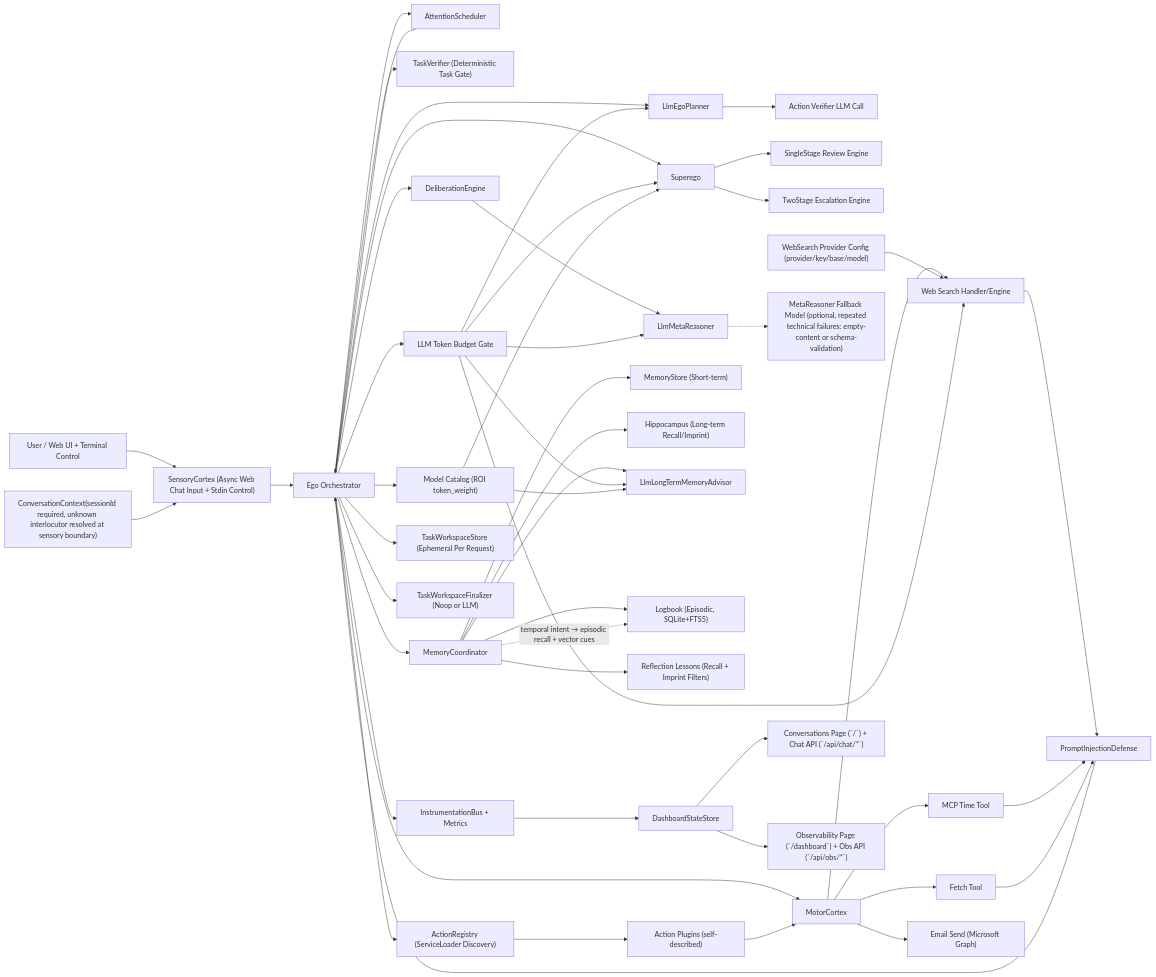
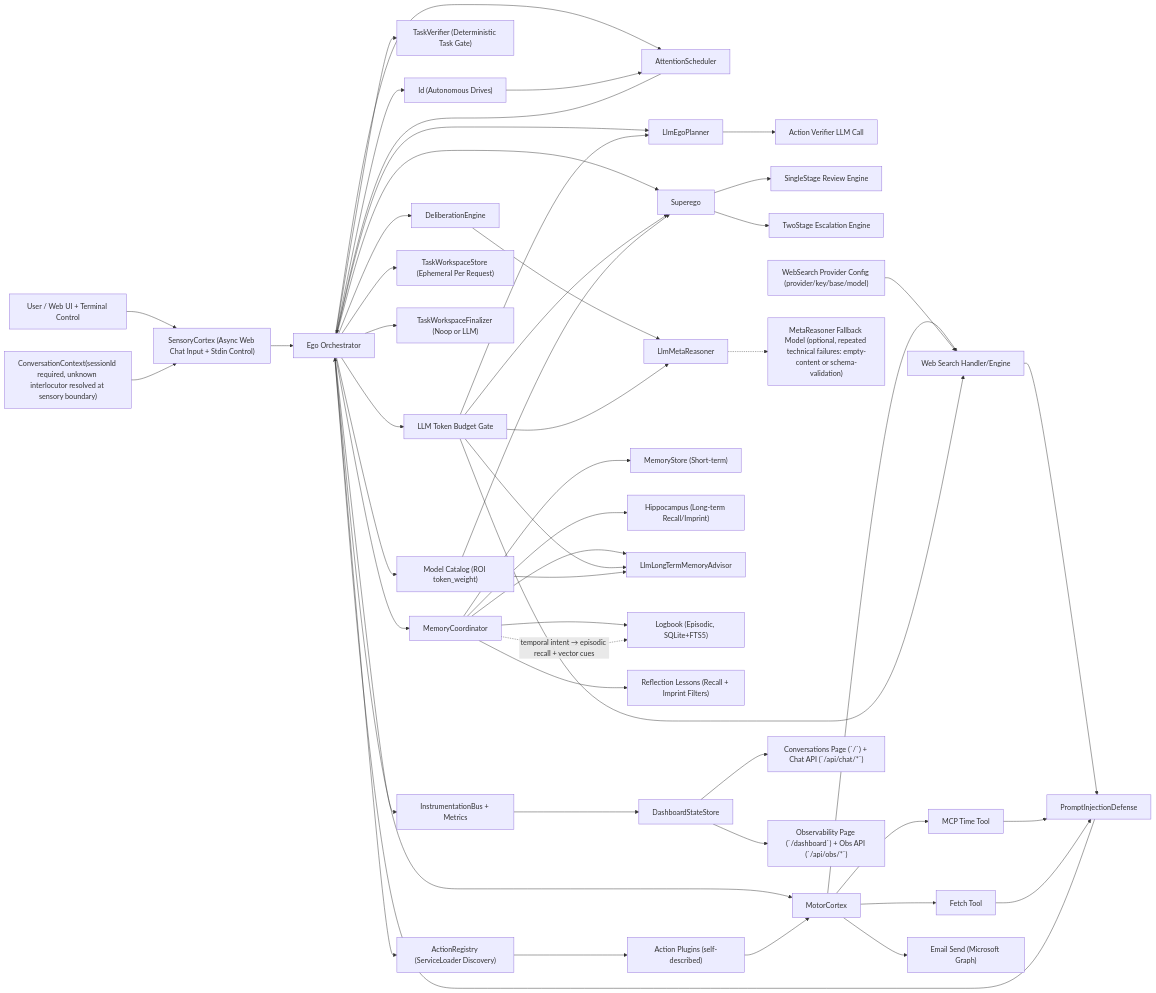
The first of 6 diagrams in AGENT_LOGIC_DIAGRAM.md (neopsyke/NeoPsyke), drawn with Mermaid before and after one commit. The commit also changed other lines of this file and 13 other files, not shown here.

````diff
--- a/AGENT_LOGIC_DIAGRAM.md
+++ b/AGENT_LOGIC_DIAGRAM.md
@@ -8,60 +8,62 @@
 ```mermaid
 flowchart LR
     U["User / Web UI + Terminal Control"] --> SC["SensoryCortex (Async Web Chat Input + Stdin Control)"]
     SC --> E["Ego Orchestrator"]
     NoteCtx["ConversationContext(sessionId required, unknown interlocutor resolved at sensory boundary)"] --> SC
 
     E --> AS["AttentionScheduler"]
     AS --> E
+    ID["Id (Autonomous Drives)"] --> AS
+    E --> ID
 
     E --> P["LlmEgoPlanner"]
     P --> AV["Action Verifier LLM Call"]
     E --> TV["TaskVerifier (Deterministic Task Gate)"]
     E --> S["Superego"]
     S --> S1["SingleStage Review Engine"]
     S --> S2["TwoStage Escalation Engine"]
     E --> AR["ActionRegistry (ServiceLoader Discovery)"]
     E --> M["MotorCortex"]
     E --> BG["LLM Token Budget Gate"]
     E --> MCat["Model Catalog (ROI token_weight)"]
 
     E --> DE["DeliberationEngine"]
     DE --> MR["LlmMetaReasoner"]
     MR -.-> MRF["MetaReasoner Fallback Model (optional, repeated technical failures: empty-content or schema-validation)"]
 
     E --> MC["MemoryCoordinator"]
     MC --> MS["MemoryStore (Short-term)"]
     MC --> H["Hippocampus (Long-term Recall/Imprint)"]
     MC --> LTM["LlmLongTermMemoryAdvisor"]
     MC --> LB["Logbook (Episodic, SQLite+FTS5)"]
     MC --> RL["Reflection Lessons (Recall + Imprint Filters)"]
     MC -.->|"temporal intent → episodic recall + vector cues"| LB
     E --> TWS["TaskWorkspaceStore (Ephemeral Per Request)"]
     E --> TWF["TaskWorkspaceFinalizer (Noop or LLM)"]
 
     AR --> AP["Action Plugins (self-described)"]
     AP --> M
 
     M --> WS["Web Search Handler/Engine"]
     CfgWS["WebSearch Provider Config (provider/key/base/model)"] --> WS
     M --> MT["MCP Time Tool"]
     M --> MF["Fetch Tool"]
     M --> EM["Email Send (Microsoft Graph)"]
     WS --> PID["PromptInjectionDefense"]
     MT --> PID
     MF --> PID
     PID --> E
 
     BG --> P
     BG --> S
     BG --> MR
     BG --> LTM
     BG --> WS
     MCat --> S
     MCat --> LTM
 
     E --> I["InstrumentationBus + Metrics"]
     I --> DS["DashboardStateStore"]
     DS --> CP["Conversations Page (`/`) + Chat API (`/api/chat/*`)"]
     DS --> OP["Observability Page (`/dashboard`) + Obs API (`/api/obs/*`)"]
 ```
````
